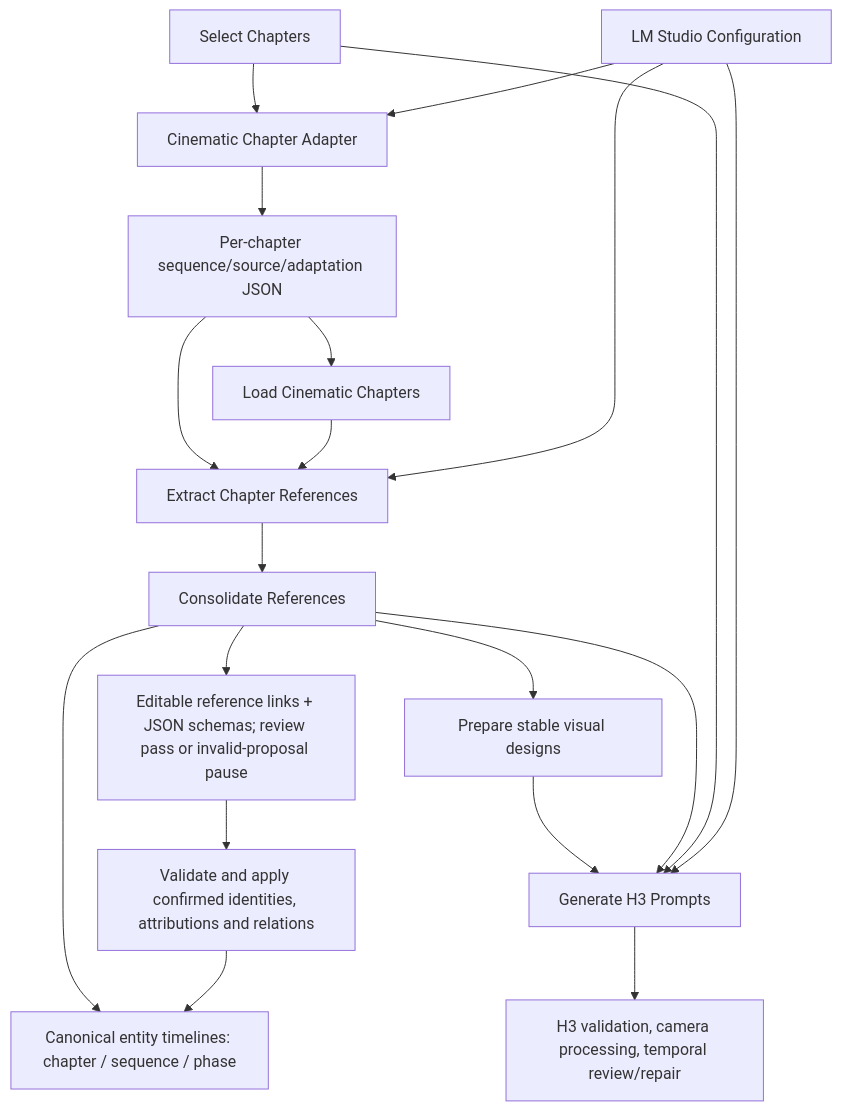
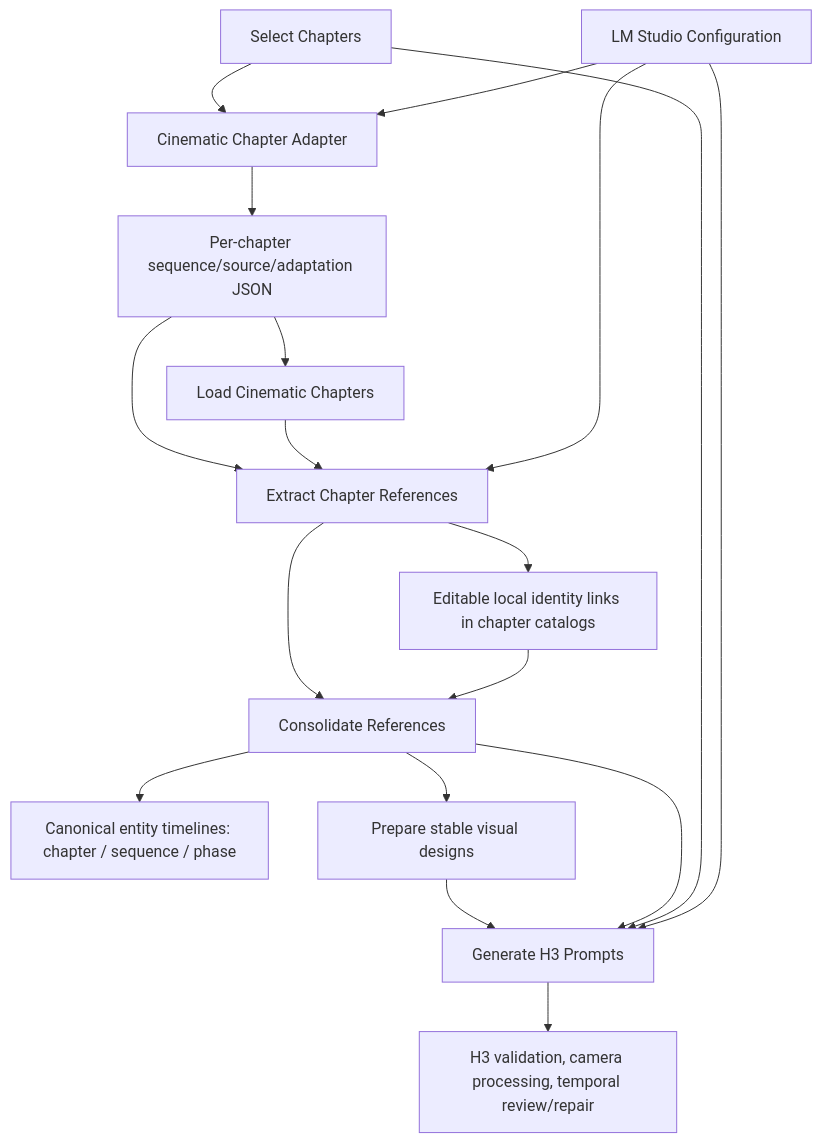
The first of 2 diagrams in docs/architecture.md (yuyuki/ComfyUI-Minimax_H3_Novel_Pipeline), drawn with Mermaid before and after one commit. The commit also changed other lines of this file and 23 other files, not shown here.

First line of the commit message:
Refactor tests and remove deprecated reference links

````diff
--- a/docs/architecture.md
+++ b/docs/architecture.md
@@ -9,21 +9,20 @@
 ```mermaid
 flowchart TD
     selector["Select Chapters"] --> adapter["Cinematic Chapter Adapter"]
     config --> adapter
     adapter --> adapted["Per-chapter sequence/source/adaptation JSON"]
     adapted --> extract
     adapted --> loader["Load Cinematic Chapters"]
     loader --> extract
     config["LM Studio Configuration"] --> extract["Extract Chapter References"]
     extract --> consolidate["Consolidate References"]
     consolidate --> timeline["Canonical entity timelines: chapter / sequence / phase"]
-    consolidate --> links["Editable reference links + JSON schemas; review pass or invalid-proposal pause"]
-    links --> decisions["Validate and apply confirmed identities, attributions and relations"]
-    decisions --> timeline
+    extract --> local["Editable local identity links in chapter catalogs"]
+    local --> consolidate
     consolidate --> designs["Prepare stable visual designs"]
     designs --> generate["Generate H3 Prompts"]
     consolidate --> generate
     selector --> generate
     config --> generate
     generate --> review["H3 validation, camera processing, temporal review/repair"]
 ```
````
